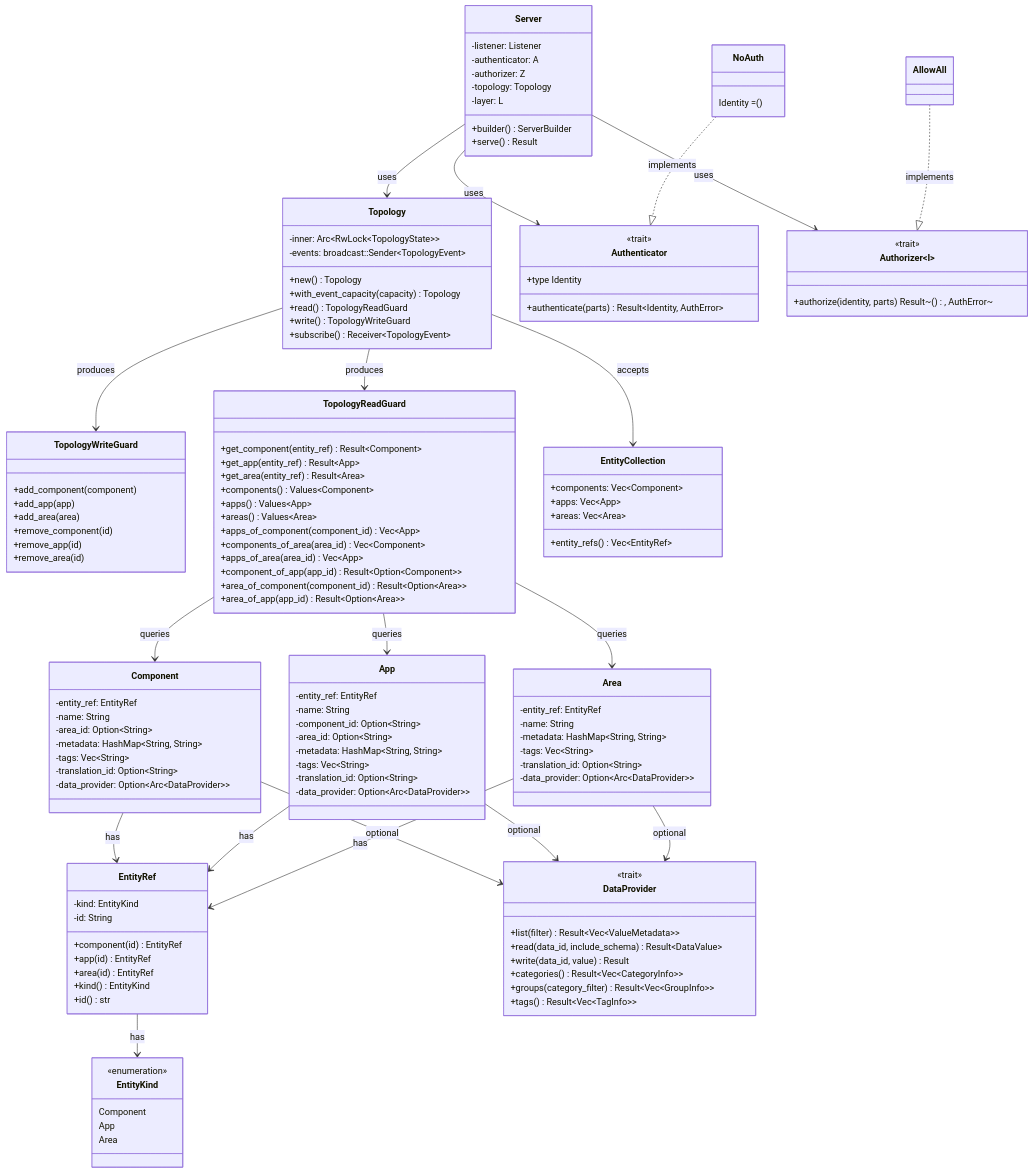
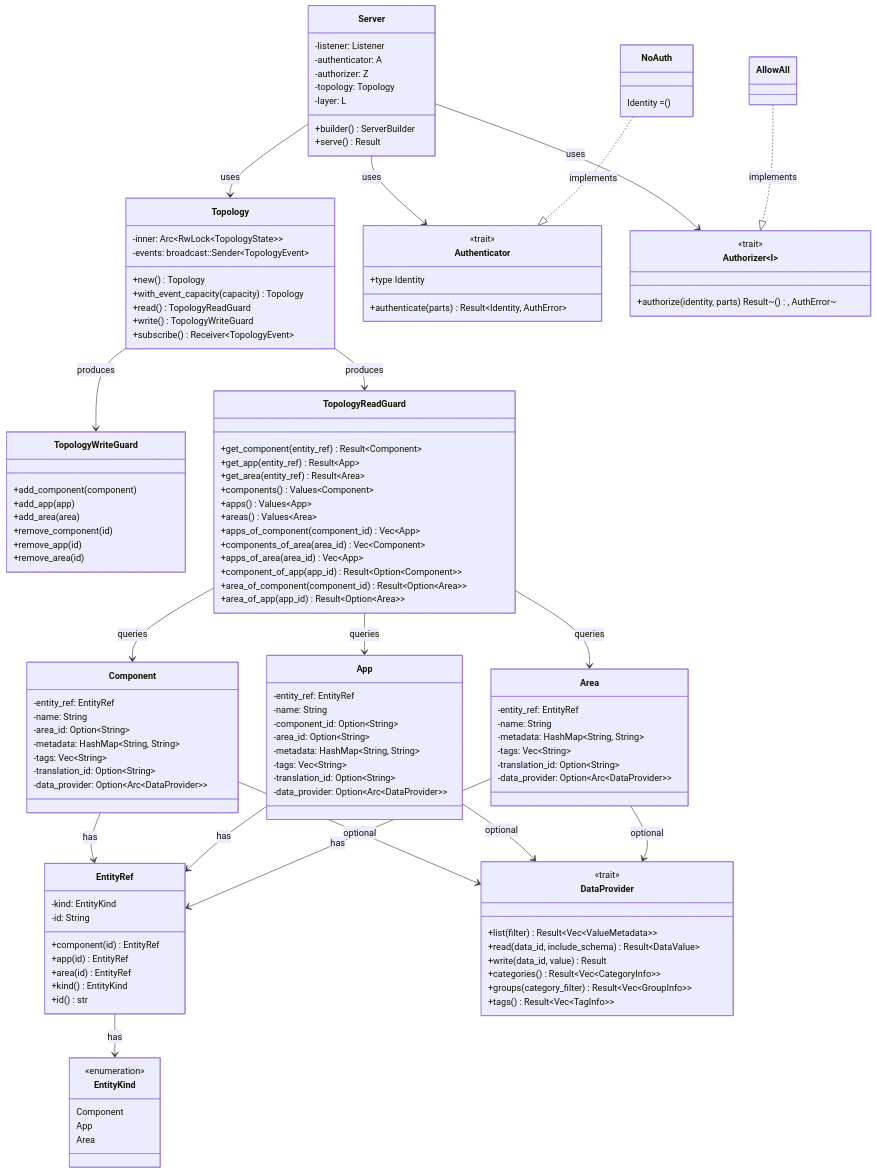
The first of 2 diagrams in docs/architecture.md (eclipse-opensovd/opensovd-core), drawn with Mermaid before and after one commit. The commit also changed other lines of this file and 7 other files, not shown here.

````diff
--- a/docs/architecture.md
+++ b/docs/architecture.md
@@ -97,13 +97,6 @@
         -data_provider: Option~Arc~DataProvider~~
     }
 
-    class EntityCollection {
-        +components: Vec~Component~
-        +apps: Vec~App~
-        +areas: Vec~Area~
-        +entity_refs() Vec~EntityRef~
-    }
-
     class Authenticator {
         <<trait>>
         +type Identity
@@ -148,5 +141,4 @@
     EntityRef --> EntityKind : has
     NoAuth ..|> Authenticator : implements
     AllowAll ..|> Authorizer : implements
-    Topology --> EntityCollection : accepts
 ```
````
